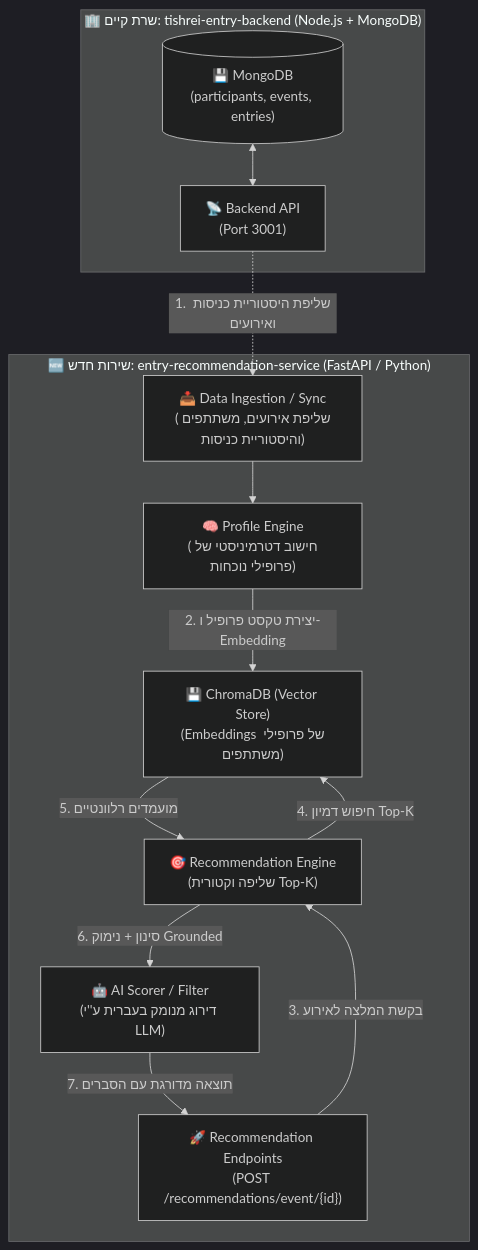
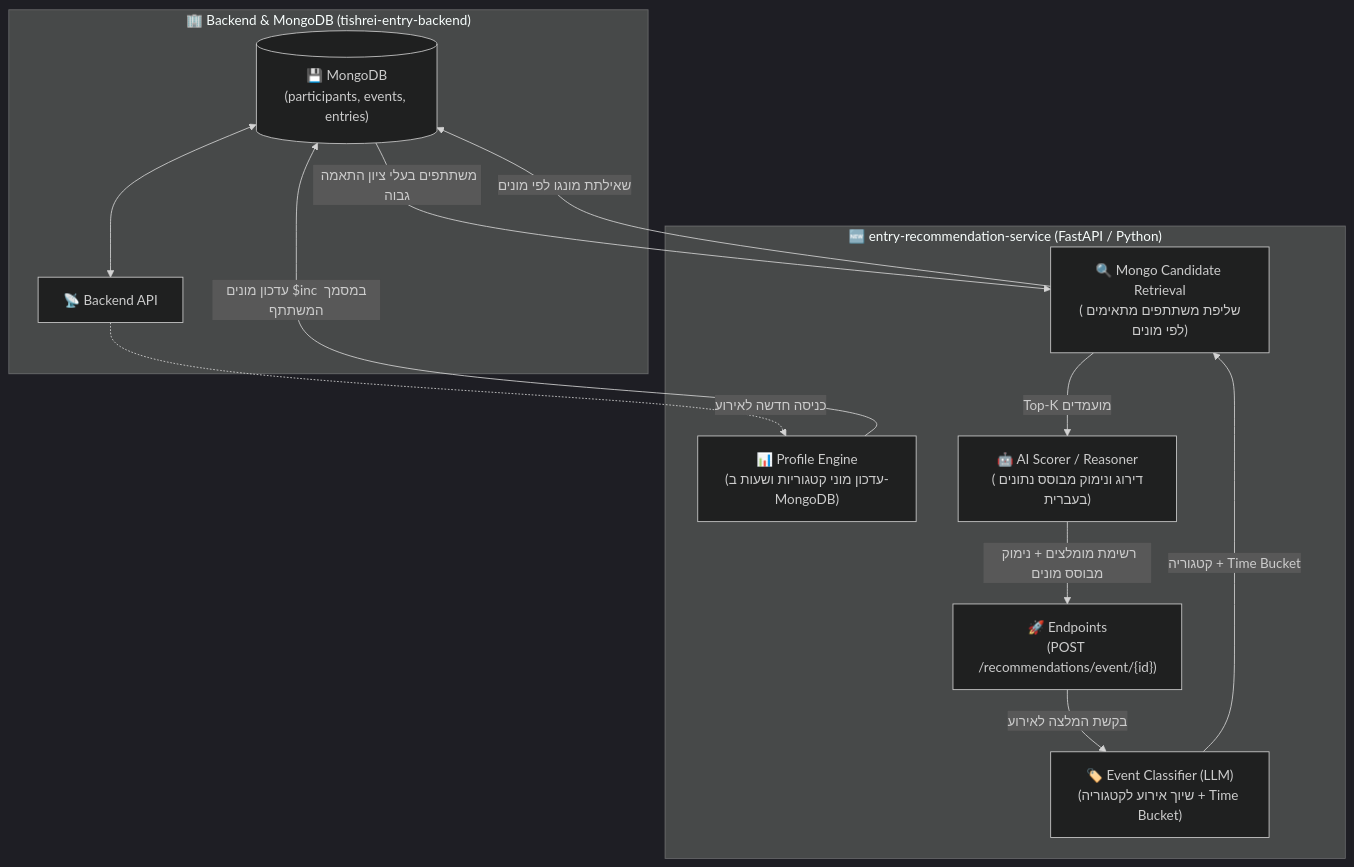
The diagram in plans/plan.md (oriori770/entry-recommendation-service), drawn with Mermaid (dark theme) before and after one commit. The commit also changed other lines of this file and 1 other file, not shown here.

````diff
--- a/plans/plan.md
+++ b/plans/plan.md
@@ -10,26 +30,26 @@
 ```mermaid
 flowchart TD
-    subgraph ExistingSystem ["🏢 שרת קיים: tishrei-entry-backend (Node.js + MongoDB)"]
+    subgraph ExistingBackend ["🏢 Backend & MongoDB (tishrei-entry-backend)"]
         MongoDB[("💾 MongoDB\n(participants, events, entries)")]
-        NodeAPI["📡 Backend API\n(Port 3001)"]
+        NodeAPI["📡 Backend API"]
         MongoDB <--> NodeAPI
     end
 
-    subgraph NewService ["🆕 שירות חדש: entry-recommendation-service (FastAPI / Python)"]
-        Reader["📥 Data Ingestion / Sync\n(שליפת אירועים, משתתפים והיסטוריית כניסות)"]
-        ProfileEngine["🧠 Profile Engine\n(חישוב דטרמיניסטי של פרופילי נוכחות)"]
-        VectorStore["💾 ChromaDB (Vector Store)\n(Embeddings של פרופילי משתתפים)"]
-        RecService["🎯 Recommendation Engine\n(שליפה וקטורית Top-K)"]
-        AIScorer["🤖 AI Scorer / Filter\n(דירוג מנומק בעברית ע''י LLM)"]
-        RecAPI["🚀 Recommendation Endpoints\n(POST /recommendations/event/{id})"]
+    subgraph RecommendationService ["🆕 entry-recommendation-service (FastAPI / Python)"]
+        EventClassifier["🏷️ Event Classifier (LLM)\n(שיוך אירוע לקטגוריה + Time Bucket)"]
+        ProfileUpdater["📊 Profile Engine\n(עדכון מוני קטגוריות ושעות ב-MongoDB)"]
+        CandidateFinder["🔍 Mongo Candidate Retrieval\n(שליפת משתתפים מתאימים לפי מונים)"]
+        AIScorer["🤖 AI Scorer / Reasoner\n(דירוג ונימוק מבוסס נתונים בעברית)"]
+        RecAPI["🚀 Endpoints\n(POST /recommendations/event/{id})"]
     end
 
-    NodeAPI -.->|"1. שליפת היסטוריית כניסות ואירועים"| Reader
-    Reader --> ProfileEngine
-    ProfileEngine -->|"2. יצירת טקסט פרופיל ו-Embedding"| VectorStore
-    RecAPI -->|"3. בקשת המלצה לאירוע"| RecService
-    RecService -->|"4. חיפוש דמיון Top-K"| VectorStore
-    VectorStore -->|"5. מועמדים רלוונטיים"| RecService
-    RecService -->|"6. סינון + נימוק Grounded"| AIScorer
-    AIScorer -->|"7. תוצאה מדורגת עם הסברים"| RecAPI
+    NodeAPI -.->|"כניסה חדשה לאירוע"| ProfileUpdater
+    ProfileUpdater -->|"עדכון מונים $inc במסמך המשתתף"| MongoDB
+
+    RecAPI -->|"בקשת המלצה לאירוע"| EventClassifier
+    EventClassifier -->|"קטגוריה + Time Bucket"| CandidateFinder
+    CandidateFinder -->|"שאילתת מונגו לפי מונים"| MongoDB
+    MongoDB -->|"משתתפים בעלי ציון התאמה גבוה"| CandidateFinder
+    CandidateFinder -->|"Top-K מועמדים"| AIScorer
+    AIScorer -->|"רשימת מומלצים + נימוק מבוסס מונים"| RecAPI
 ```
````
